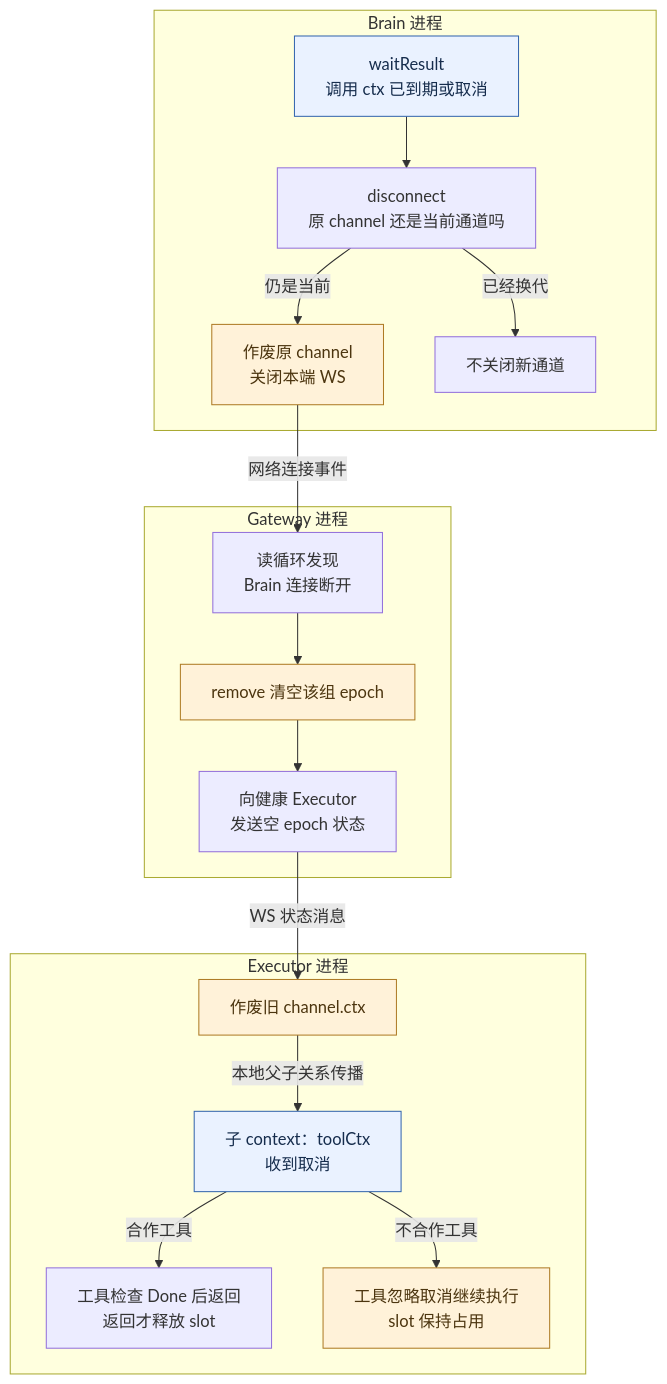
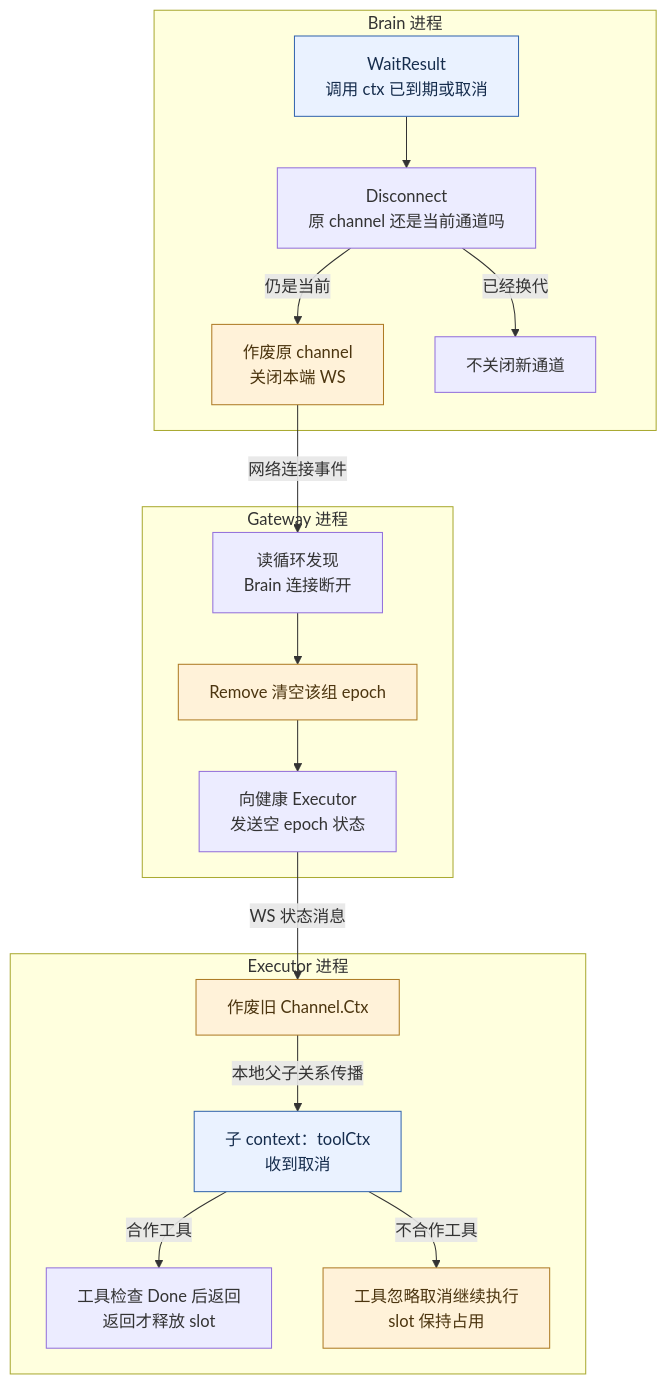
The diagram in docs/code_study/diagrams/03-cancellation.mmd (shubolab/stream-gateway-lab), drawn with Mermaid before and after one commit. The commit also changed 45 other files, not shown here.

```diff
--- a/docs/code_study/diagrams/03-cancellation.mmd
+++ b/docs/code_study/diagrams/03-cancellation.mmd
@@ -1,29 +1,29 @@
 flowchart TB
     subgraph BP[Brain 进程]
-        A[waitResult<br/>调用 ctx 已到期或取消]
-        B[disconnect<br/>原 channel 还是当前通道吗]
+        A[WaitResult<br/>调用 ctx 已到期或取消]
+        B[Disconnect<br/>原 channel 还是当前通道吗]
         C[作废原 channel<br/>关闭本端 WS]
         A --> B -->|仍是当前| C
         B -->|已经换代| X[不关闭新通道]
     end
     subgraph GP[Gateway 进程]
         D[读循环发现<br/>Brain 连接断开]
-        E[remove 清空该组 epoch]
+        E[Remove 清空该组 epoch]
         F[向健康 Executor<br/>发送空 epoch 状态]
         D --> E --> F
     end
     subgraph EP[Executor 进程]
-        G[作废旧 channel.ctx]
+        G[作废旧 Channel.Ctx]
         H[子 context：toolCtx<br/>收到取消]
         I[工具检查 Done 后返回<br/>返回才释放 slot]
         J[工具忽略取消继续执行<br/>slot 保持占用]
         G -->|本地父子关系传播| H
         H -->|合作工具| I
         H -->|不合作工具| J
     end
     C -->|网络连接事件| D
     F -->|WS 状态消息| G
     classDef signal fill:#eaf2ff,stroke:#3566ae,color:#162d4d
     classDef invalid fill:#fff2d9,stroke:#ae7b25,color:#4c350f
     class A,H signal
     class C,E,G,J invalid
```
